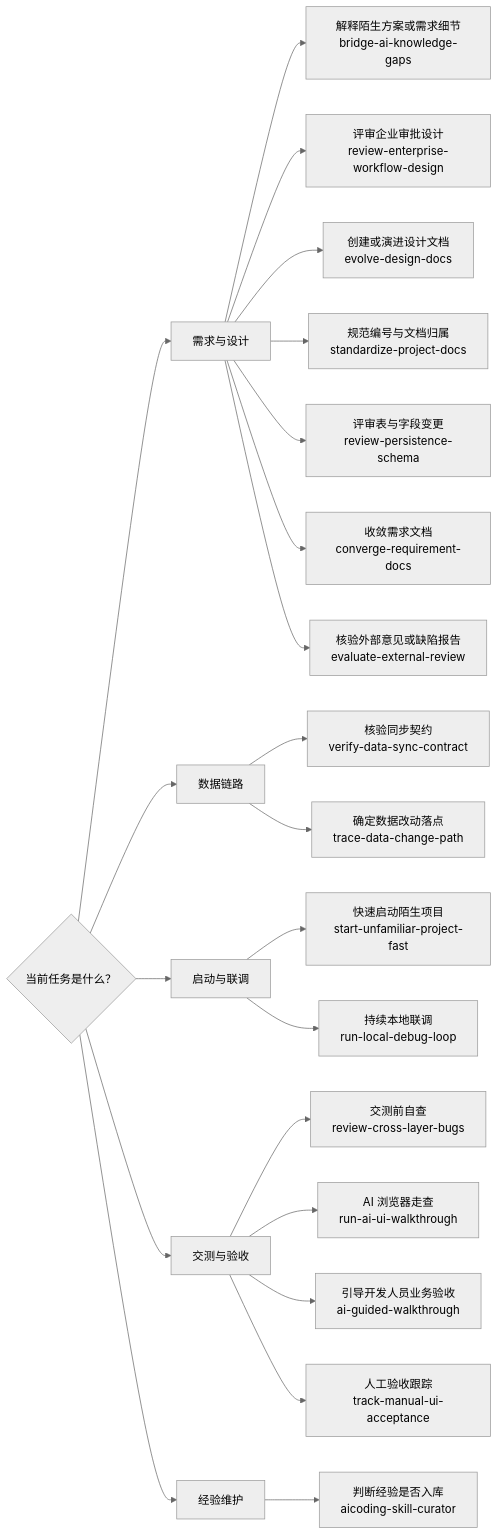
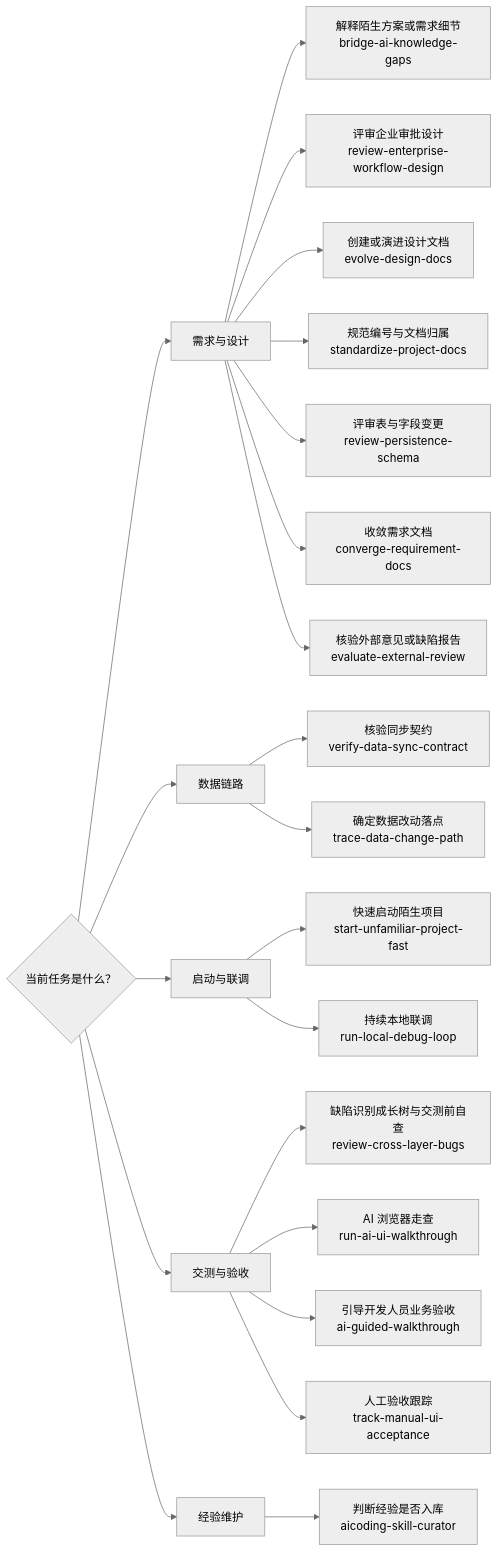
Before and after one commit to KelvinFanXian/aicoding: the diagram in README.md, drawn with Mermaid (neutral theme). The commit also changed other lines of this file and 3 other files, not shown here.

````diff
--- a/README.md
+++ b/README.md
@@ -55,25 +55,25 @@
 ```mermaid
 flowchart LR
     Q{"当前任务是什么？"}
     Q --> A["需求与设计"]
     A --> A1["解释陌生方案或需求细节<br/>bridge-ai-knowledge-gaps"]
     A --> A2["评审企业审批设计<br/>review-enterprise-workflow-design"]
     A --> A3["创建或演进设计文档<br/>evolve-design-docs"]
     A --> A7["规范编号与文档归属<br/>standardize-project-docs"]
     A --> A6["评审表与字段变更<br/>review-persistence-schema"]
     A --> A4["收敛需求文档<br/>converge-requirement-docs"]
     A --> A5["核验外部意见或缺陷报告<br/>evaluate-external-review"]
     Q --> B["数据链路"]
     B --> B1["核验同步契约<br/>verify-data-sync-contract"]
     B --> B2["确定数据改动落点<br/>trace-data-change-path"]
     Q --> C["启动与联调"]
     C --> C1["快速启动陌生项目<br/>start-unfamiliar-project-fast"]
     C --> C2["持续本地联调<br/>run-local-debug-loop"]
     Q --> D["交测与验收"]
-    D --> D1["交测前自查<br/>review-cross-layer-bugs"]
+    D --> D1["缺陷识别成长树与交测前自查<br/>review-cross-layer-bugs"]
     D --> D2["AI 浏览器走查<br/>run-ai-ui-walkthrough"]
     D --> D3["引导开发人员业务验收<br/>ai-guided-walkthrough"]
     D --> D4["人工验收跟踪<br/>track-manual-ui-acceptance"]
     Q --> E["经验维护"]
     E --> E1["判断经验是否入库<br/>aicoding-skill-curator"]
 ```
````
